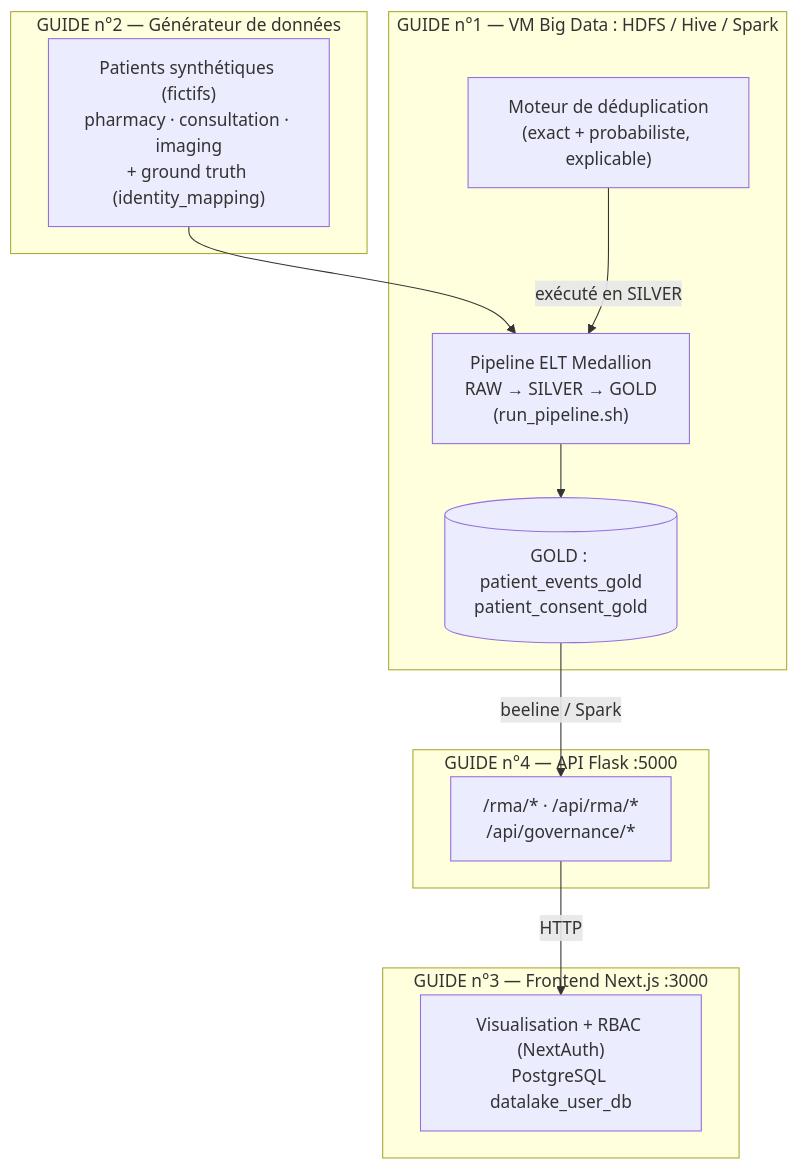
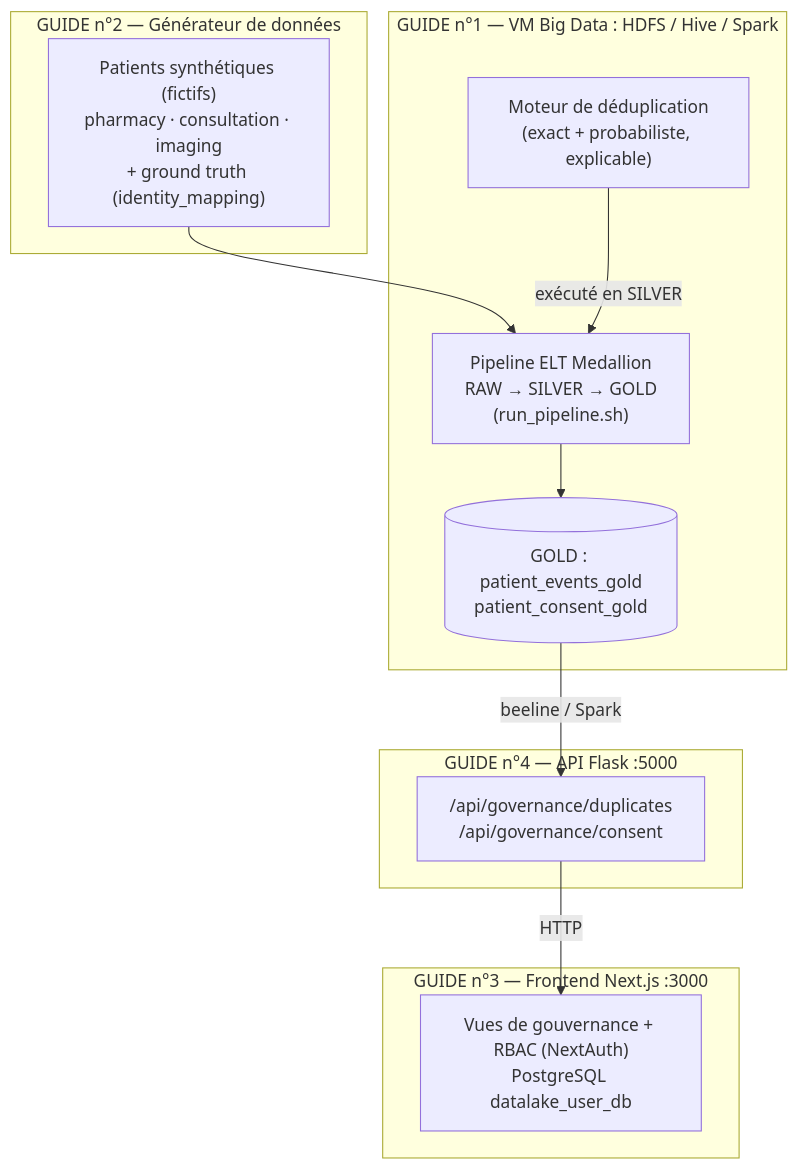
Before and after one commit to Alphamanjaka/test-big-data: the diagram in GUIDE/README.md, drawn with Mermaid. The commit also changed other lines of this file and 65 other files, not shown here.

Commit message:
Retrait du RMA : front recentre (synthese/doublons/gouvernance), API gouvernance seule 3/3, docs et memoire alignes

````diff
--- a/GUIDE/README.md
+++ b/GUIDE/README.md
@@ -18,26 +18,26 @@
 ```mermaid
 flowchart TB
     subgraph SRC["GUIDE n°2 — Générateur de données"]
         GEN["Patients synthétiques (fictifs)<br/>pharmacy · consultation · imaging<br/>+ ground truth (identity_mapping)"]
     end
 
     subgraph VM["GUIDE n°1 — VM Big Data : HDFS / Hive / Spark"]
         ELT["Pipeline ELT Medallion<br/>RAW → SILVER → GOLD<br/>(run_pipeline.sh)"]
         DEDUP["Moteur de déduplication<br/>(exact + probabiliste, explicable)"]
         GOLD[("GOLD : patient_events_gold<br/>patient_consent_gold")]
     end
 
     subgraph API["GUIDE n°4 — API Flask :5000"]
-        APIG["/rma/* · /api/rma/*<br/>/api/governance/*"]
+        APIG["/api/governance/duplicates<br/>/api/governance/consent"]
     end
 
     subgraph FE["GUIDE n°3 — Frontend Next.js :3000"]
-        FRONT["Visualisation + RBAC (NextAuth)<br/>PostgreSQL datalake_user_db"]
+        FRONT["Vues de gouvernance + RBAC (NextAuth)<br/>PostgreSQL datalake_user_db"]
     end
 
     GEN --> ELT
     DEDUP -->|"exécuté en SILVER"| ELT
     ELT --> GOLD
     GOLD -->|"beeline / Spark"| APIG
     APIG -->|"HTTP"| FRONT
 ```
````
